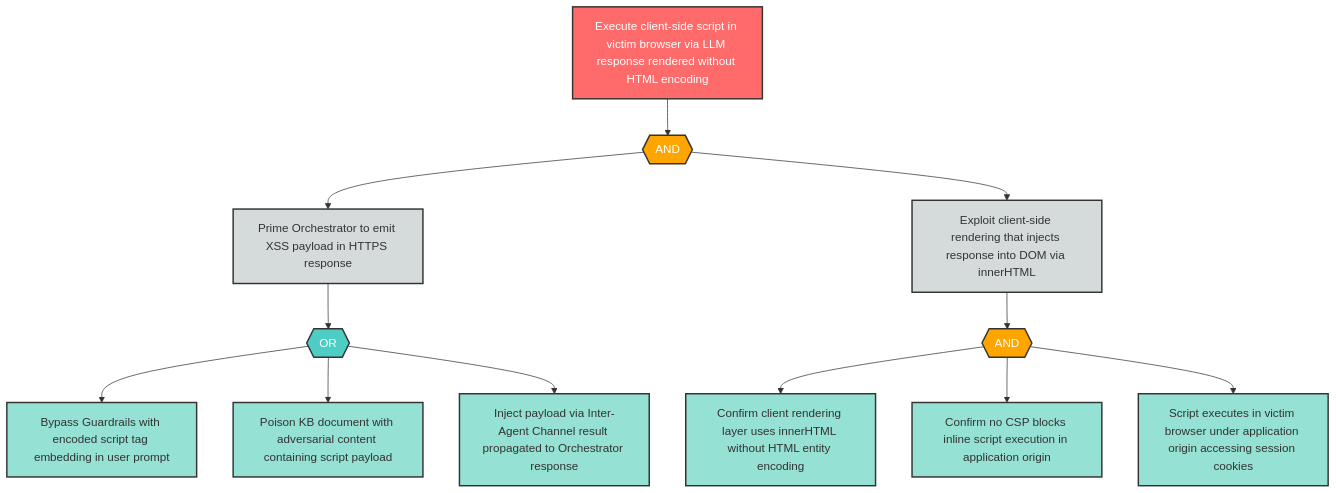
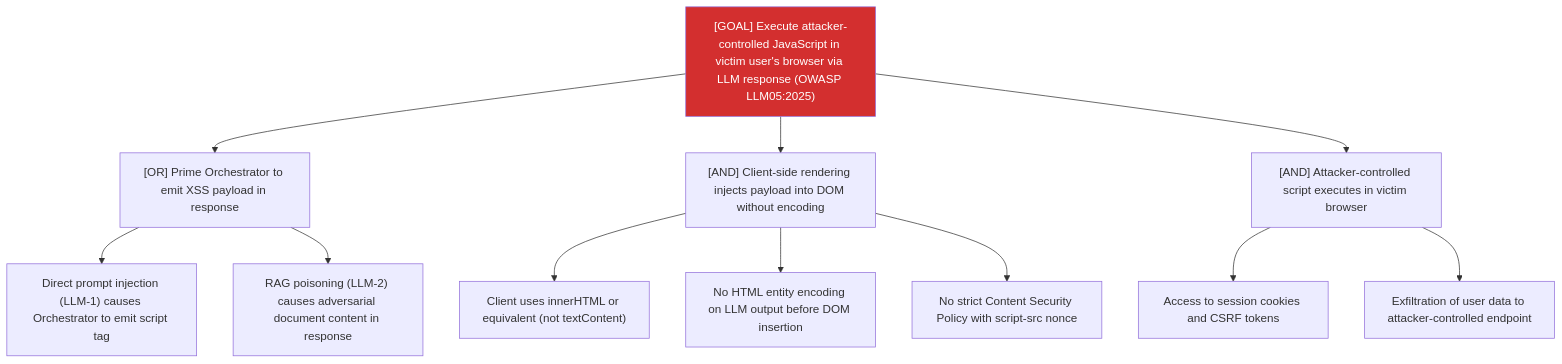
One commit to q-qp-p/davidmatousek-tachi changed the diagram in examples/agentic-app/sample-report/attack-trees/llm-5-attack-tree.md. Above: the diagram before and after it, drawn with Mermaid. The commit also changed other lines of this file and 132 other files, not shown here.

````diff
--- a/examples/agentic-app/sample-report/attack-trees/llm-5-attack-tree.md
+++ b/examples/agentic-app/sample-report/attack-trees/llm-5-attack-tree.md
@@ -8,39 +7,16 @@
 ```mermaid
-flowchart TD
-    LLM5_root["Execute client-side script in victim browser via LLM response rendered without HTML encoding"]
-    LLM5_and1{{"AND"}}
-    LLM5_sub1["Prime Orchestrator to emit XSS payload in HTTPS response"]
-    LLM5_sub2["Exploit client-side rendering that injects response into DOM via innerHTML"]
-    LLM5_or1{{"OR"}}
-    LLM5_leaf1["Bypass Guardrails with encoded script tag embedding in user prompt"]
-    LLM5_leaf2["Poison KB document with adversarial content containing script payload"]
-    LLM5_leaf3["Inject payload via Inter-Agent Channel result propagated to Orchestrator response"]
-    LLM5_and2{{"AND"}}
-    LLM5_leaf4["Confirm client rendering layer uses innerHTML without HTML entity encoding"]
-    LLM5_leaf5["Confirm no CSP blocks inline script execution in application origin"]
-    LLM5_leaf6["Script executes in victim browser under application origin accessing session cookies"]
-
-    LLM5_root --> LLM5_and1
-    LLM5_and1 --> LLM5_sub1
-    LLM5_and1 --> LLM5_sub2
-    LLM5_sub1 --> LLM5_or1
-    LLM5_or1 --> LLM5_leaf1
-    LLM5_or1 --> LLM5_leaf2
-    LLM5_or1 --> LLM5_leaf3
-    LLM5_sub2 --> LLM5_and2
-    LLM5_and2 --> LLM5_leaf4
-    LLM5_and2 --> LLM5_leaf5
-    LLM5_and2 --> LLM5_leaf6
-
-    classDef goal fill:#ff6b6b,stroke:#333,stroke-width:2px,color:#fff
-    classDef andGate fill:#ffa500,stroke:#333,stroke-width:2px,color:#fff
-    classDef orGate fill:#4ecdc4,stroke:#333,stroke-width:2px,color:#fff
-    classDef subGoal fill:#d5dbdb,stroke:#333,stroke-width:2px,color:#333
-    classDef leaf fill:#95e1d3,stroke:#333,stroke-width:2px,color:#333
-
-    class LLM5_root goal
-    class LLM5_and1,LLM5_and2 andGate
-    class LLM5_or1 orGate
-    class LLM5_sub1,LLM5_sub2 subGoal
-    class LLM5_leaf1,LLM5_leaf2,LLM5_leaf3,LLM5_leaf4,LLM5_leaf5,LLM5_leaf6 leaf
+graph TD
+    Goal["[GOAL] Execute attacker-controlled JavaScript in victim user's browser via LLM response (OWASP LLM05:2025)"]
+    Goal --> A["[OR] Prime Orchestrator to emit XSS payload in response"]
+    A --> A1["Direct prompt injection (LLM-1) causes Orchestrator to emit script tag"]
+    A --> A2["RAG poisoning (LLM-2) causes adversarial document content in response"]
+    Goal --> B["[AND] Client-side rendering injects payload into DOM without encoding"]
+    B --> B1["Client uses innerHTML or equivalent (not textContent)"]
+    B --> B2["No HTML entity encoding on LLM output before DOM insertion"]
+    B --> B3["No strict Content Security Policy with script-src nonce"]
+    Goal --> C["[AND] Attacker-controlled script executes in victim browser"]
+    C --> C1["Access to session cookies and CSRF tokens"]
+    C --> C2["Exfiltration of user data to attacker-controlled endpoint"]
+    classDef critical fill:#d32f2f,color:#fff
+    class Goal critical
 ```
````
